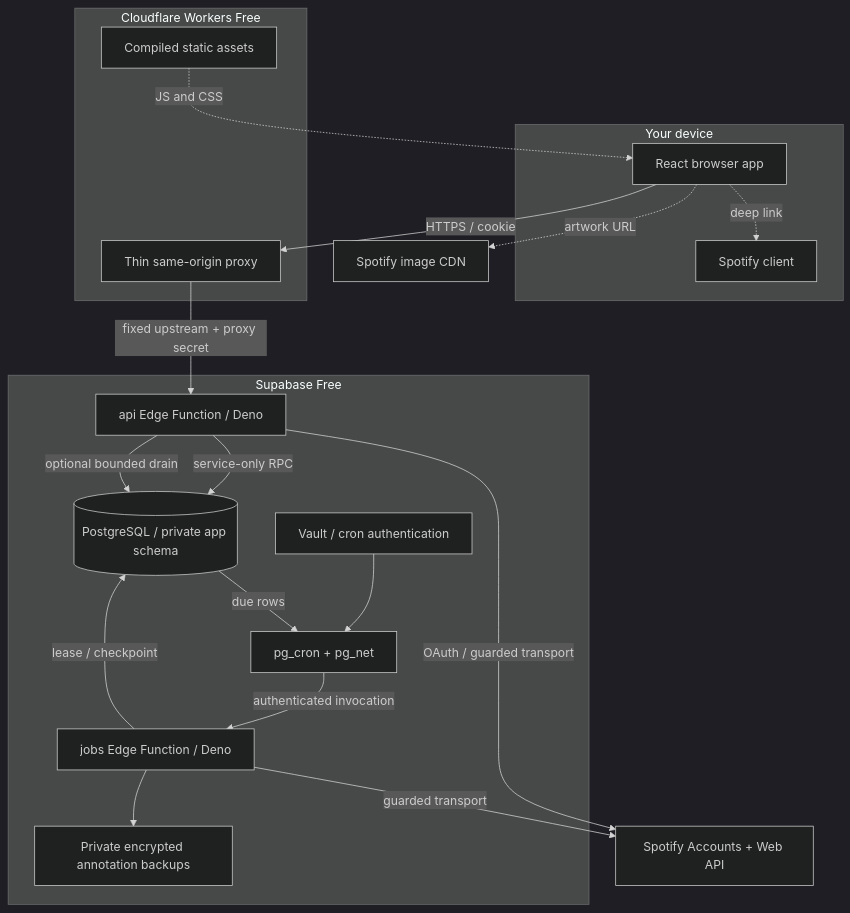
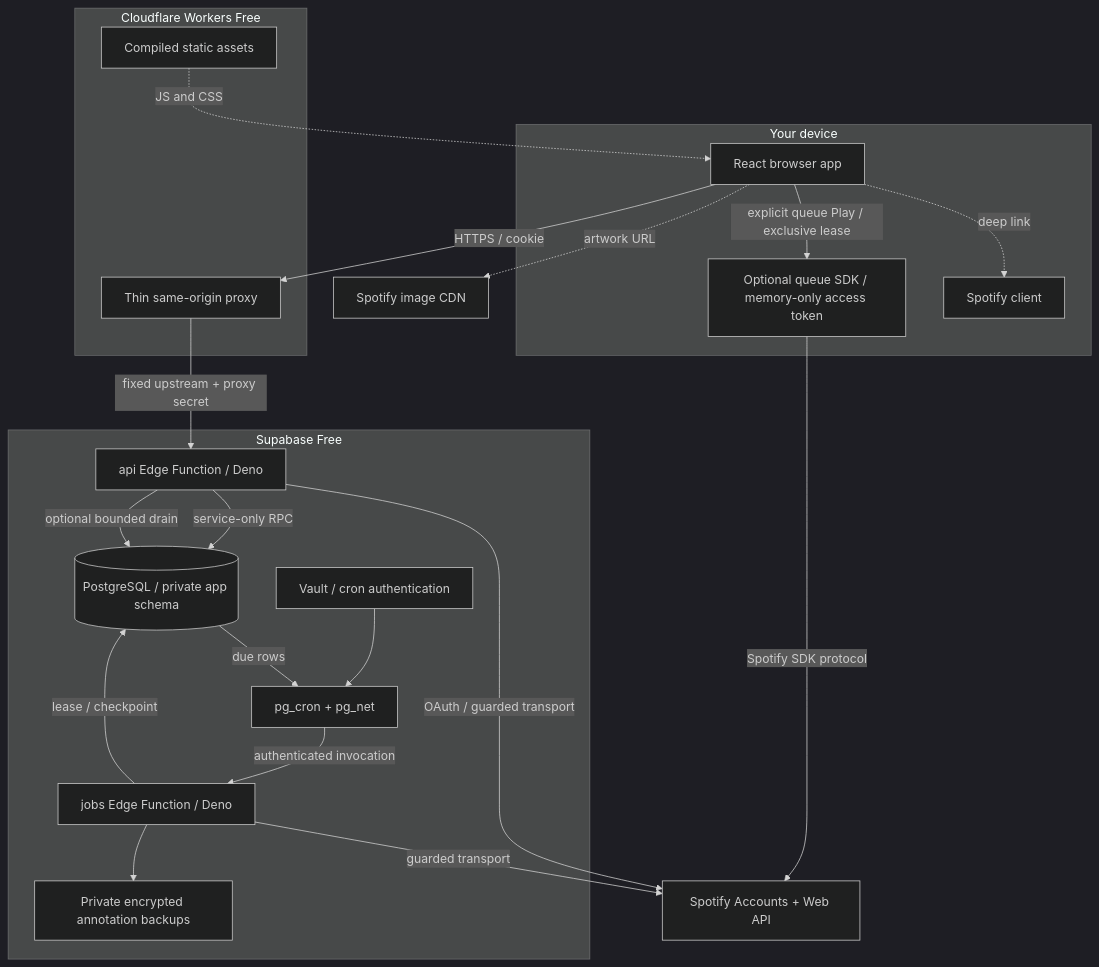
One commit to CarterKFalkenberg/spotify-plus changed the diagram in docs/architecture/diagrams/01.mmd. Above: the diagram before and after it, drawn with Mermaid (dark theme). The commit also changed 14 other files, not shown here.

Commit message:
Synchronize architecture handbook walkthrough and rendered source diagrams

```diff
--- a/docs/architecture/diagrams/01.mmd
+++ b/docs/architecture/diagrams/01.mmd
@@ -1,33 +1,36 @@
 flowchart TB
  subgraph Device[Your device]
  B[React browser app]
+ SDK[Optional queue SDK / memory-only access token]
  SC[Spotify client]
  end
  subgraph CF[Cloudflare Workers Free]
  A[Compiled static assets]
  P[Thin same-origin proxy]
  end
  subgraph SB[Supabase Free]
  API[api Edge Function / Deno]
  J[jobs Edge Function / Deno]
  DB[(PostgreSQL / private app schema)]
  CR[pg_cron + pg_net]
  V[Vault / cron authentication]
  ST[Private encrypted annotation backups]
  end
  S[Spotify Accounts + Web API]
  ART[Spotify image CDN]
  A -. JS and CSS .-> B
  B -->|HTTPS / cookie| P
  P -->|fixed upstream + proxy secret| API
  API -->|service-only RPC| DB
  API -->|optional bounded drain| DB
  CR -->|authenticated invocation| J
  V --> CR
  DB -->|due rows| CR
  J -->|lease / checkpoint| DB
  API -->|OAuth / guarded transport| S
  J -->|guarded transport| S
  J --> ST
  B -. deep link .-> SC
  B -. artwork URL .-> ART
+ B -->|explicit queue Play / exclusive lease| SDK
+ SDK -->|Spotify SDK protocol| S
```
